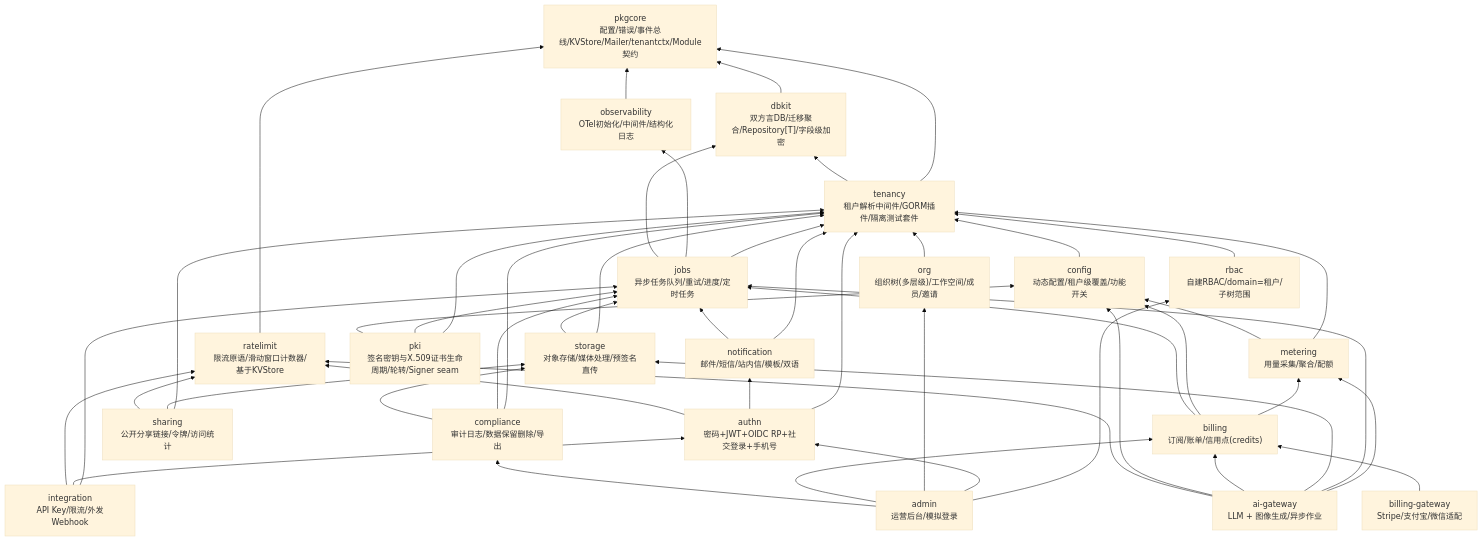
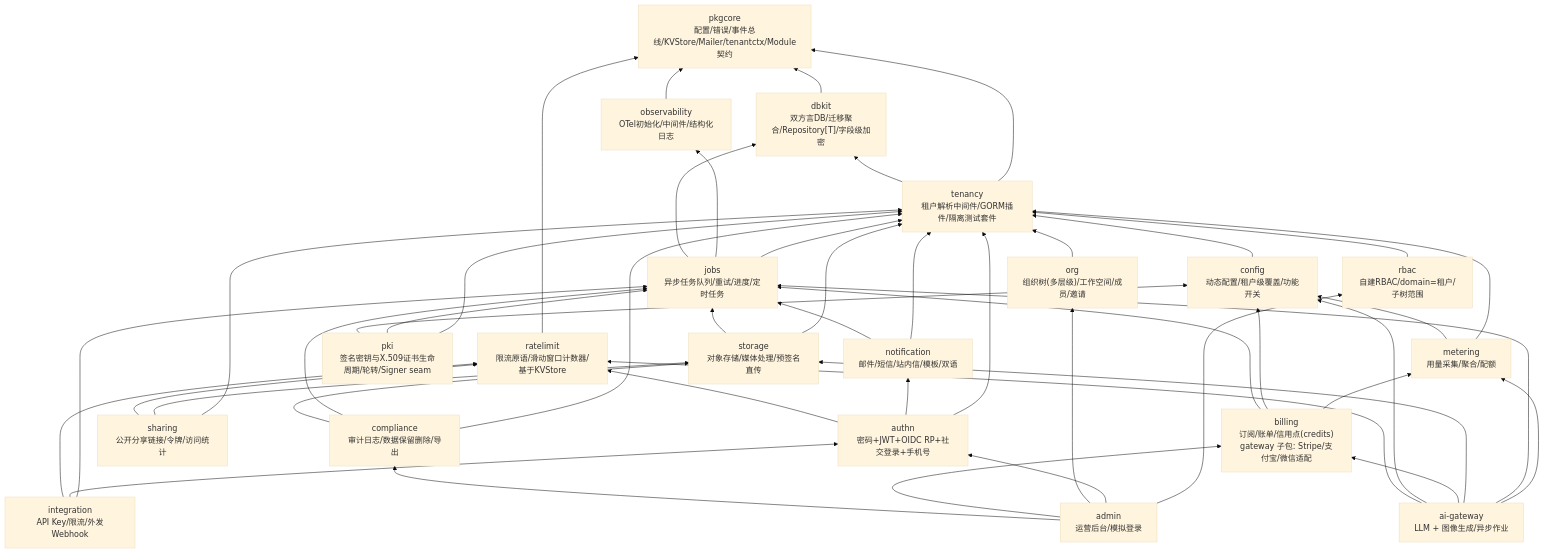
One commit to vislake/speed changed the diagram in docs/internal/01-architecture.md. Above: the diagram before and after it, drawn with Mermaid (base theme). The commit also changed 14 other files, not shown here.

````diff
--- a/docs/internal/01-architecture.md
+++ b/docs/internal/01-architecture.md
@@ -10,72 +10,70 @@
 ```mermaid
 graph BT
     pkgcore["pkgcore<br/>配置/错误/事件总线/KVStore/Mailer/tenantctx/Module契约"]
     dbkit["dbkit<br/>双方言DB/迁移聚合/Repository[T]/字段级加密"]
     obs["observability<br/>OTel初始化/中间件/结构化日志"]
     tenancy["tenancy<br/>租户解析中间件/GORM插件/隔离测试套件"]
     ratelimit["ratelimit<br/>限流原语/滑动窗口计数器/基于KVStore"]
     cfg["config<br/>动态配置/租户级覆盖/功能开关"]
     jobs["jobs<br/>异步任务队列/重试/进度/定时任务"]
     storage["storage<br/>对象存储/媒体处理/预签名直传"]
     notify["notification<br/>邮件/短信/站内信/模板/双语"]
     pki["pki<br/>签名密钥与X.509证书生命周期/轮转/Signer seam"]
     authn["authn<br/>密码+JWT+OIDC RP+社交登录+手机号"]
     rbac["rbac<br/>自建RBAC/domain=租户/子树范围"]
     metering["metering<br/>用量采集/聚合/配额"]
     org["org<br/>组织树(多层级)/工作空间/成员/邀请"]
-    billing["billing<br/>订阅/账单/信用点(credits)"]
-    bgw["billing-gateway<br/>Stripe/支付宝/微信适配"]
+    billing["billing<br/>订阅/账单/信用点(credits)<br/>gateway 子包: Stripe/支付宝/微信适配"]
     ai["ai-gateway<br/>LLM + 图像生成/异步作业"]
     sharing["sharing<br/>公开分享链接/令牌/访问统计"]
     integ["integration<br/>API Key/限流/外发Webhook"]
     comp["compliance<br/>审计日志/数据保留删除/导出"]
     admin["admin<br/>运营后台/模拟登录"]
 
     dbkit --> pkgcore
     obs --> pkgcore
     tenancy --> pkgcore
     tenancy --> dbkit
     ratelimit --> pkgcore
     cfg --> tenancy
     jobs --> tenancy
     jobs --> obs
     jobs --> dbkit
     storage --> tenancy
     storage --> jobs
     notify --> tenancy
     notify --> jobs
     pki --> tenancy
     pki --> jobs
     pki --> cfg
     authn --> tenancy
     authn --> notify
     authn --> ratelimit
     rbac --> tenancy
     metering --> tenancy
     metering --> cfg
     org --> tenancy
     billing --> metering
     billing --> cfg
     billing --> jobs
-    bgw --> billing
     ai --> metering
     ai --> jobs
     ai --> storage
     ai --> billing
     ai --> cfg
     ai --> ratelimit
     sharing --> tenancy
     sharing --> storage
     sharing --> ratelimit
     integ --> jobs
     integ --> authn
     integ --> ratelimit
     comp --> tenancy
     comp --> jobs
     comp --> storage
     admin --> rbac
     admin --> authn
     admin --> org
     admin --> billing
     admin --> comp
 ```
````
